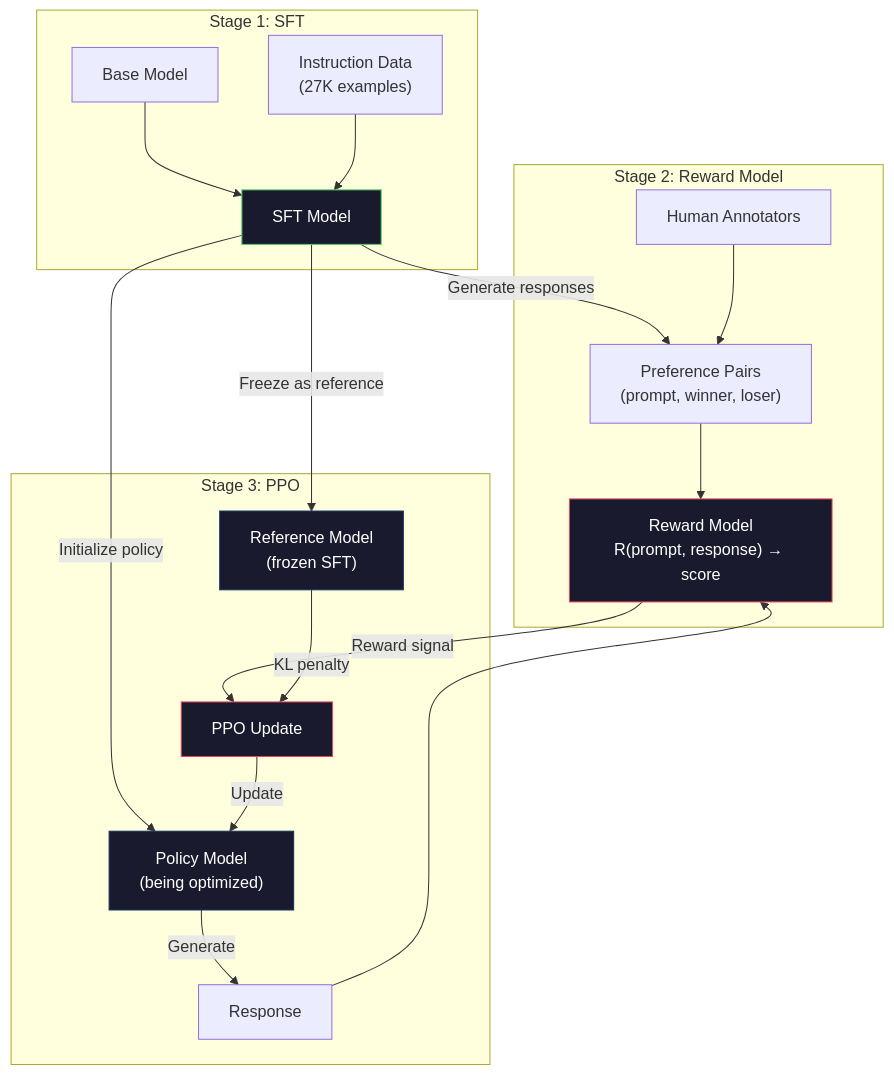
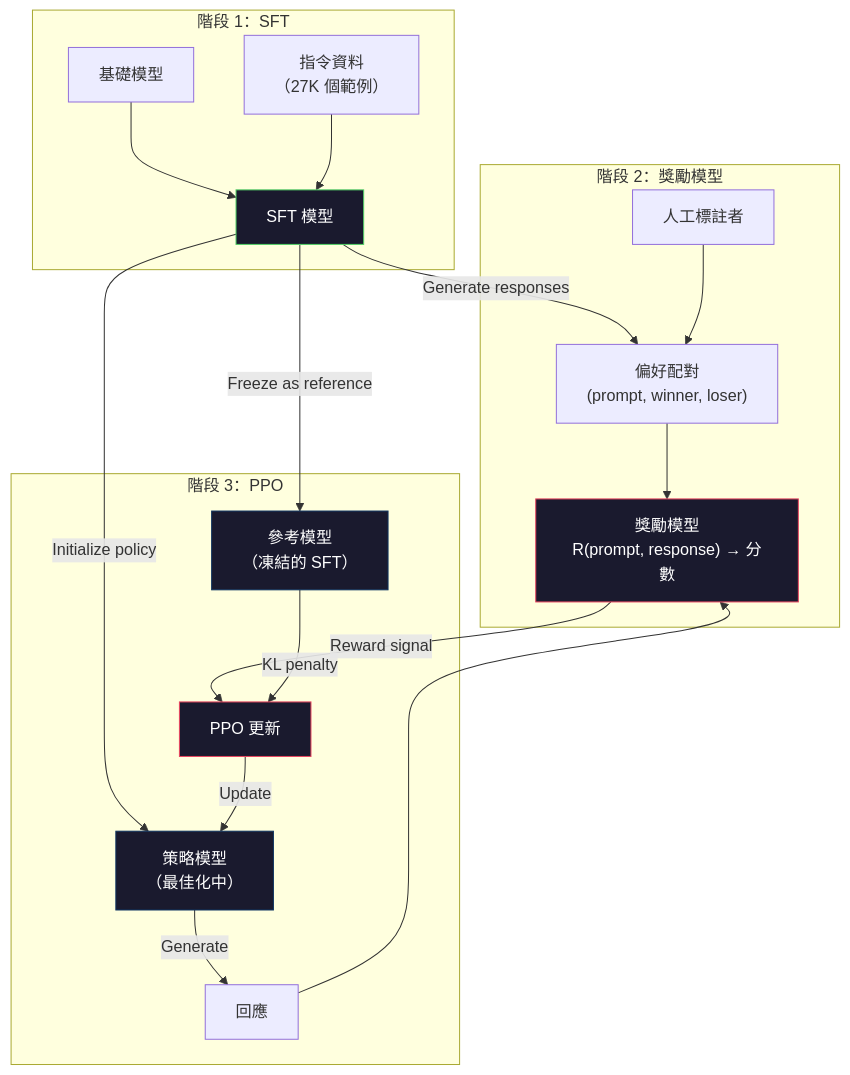
Before and after one commit to edward821220/ai-engineering-from-scratch: the first of 2 diagrams in i18n/zh-TW/phases/10-llms-from-scratch/07-rlhf/docs/zh-TW.md, drawn with Mermaid. The commit also changed other lines of this file and 123 other files, not shown here.

````diff
--- a/i18n/zh-TW/phases/10-llms-from-scratch/07-rlhf/docs/zh-TW.md
+++ b/i18n/zh-TW/phases/10-llms-from-scratch/07-rlhf/docs/zh-TW.md
@@ -43,29 +43,29 @@
 ```mermaid
 graph TD
-    subgraph Stage1["Stage 1: SFT"]
-        B["Base Model"] --> S["SFT Model"]
-        D["Instruction Data\n(27K examples)"] --> S
+    subgraph Stage1["階段 1：SFT"]
+        B["基礎模型"] --> S["SFT 模型"]
+        D["指令資料\n（27K 個範例）"] --> S
     end
 
-    subgraph Stage2["Stage 2: Reward Model"]
-        S --> |"Generate responses"| P["Preference Pairs\n(prompt, winner, loser)"]
-        H["Human Annotators"] --> P
-        P --> R["Reward Model\nR(prompt, response) → score"]
+    subgraph Stage2["階段 2：獎勵模型"]
+        S --> |"Generate responses"| P["偏好配對\n(prompt, winner, loser)"]
+        H["人工標註者"] --> P
+        P --> R["獎勵模型\nR(prompt, response) → 分數"]
     end
 
-    subgraph Stage3["Stage 3: PPO"]
-        S --> |"Initialize policy"| PI["Policy Model\n(being optimized)"]
-        S --> |"Freeze as reference"| REF["Reference Model\n(frozen SFT)"]
-        PI --> |"Generate"| RESP["Response"]
+    subgraph Stage3["階段 3：PPO"]
+        S --> |"Initialize policy"| PI["策略模型\n（最佳化中）"]
+        S --> |"Freeze as reference"| REF["參考模型\n（凍結的 SFT）"]
+        PI --> |"Generate"| RESP["回應"]
         RESP --> R
-        R --> |"Reward signal"| PPO["PPO Update"]
+        R --> |"Reward signal"| PPO["PPO 更新"]
         REF --> |"KL penalty"| PPO
         PPO --> |"Update"| PI
     end
 
     style S fill:#1a1a2e,stroke:#51cf66,color:#fff
     style R fill:#1a1a2e,stroke:#e94560,color:#fff
     style PI fill:#1a1a2e,stroke:#0f3460,color:#fff
     style REF fill:#1a1a2e,stroke:#0f3460,color:#fff
     style PPO fill:#1a1a2e,stroke:#e94560,color:#fff
 ```
````
